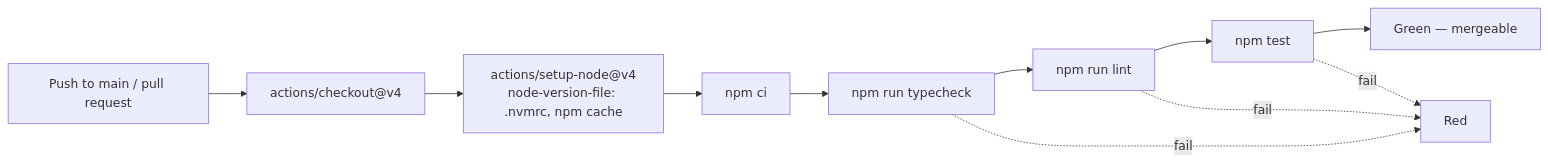
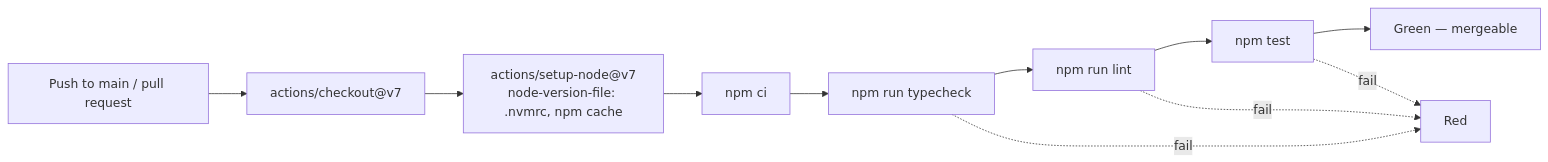
One commit to InnoLab-2026/FeedmyFrog changed diagram 11 of 12 in README.md. Above: the diagram before and after it, drawn with Mermaid. The commit also changed other lines of this file, not shown here.

````diff
--- a/README.md
+++ b/README.md
@@ -1057,13 +1059,13 @@
 ```mermaid
 flowchart LR
-    PR["Push to main / pull request"] --> CO["actions/checkout@v4"]
-    CO --> NODE["actions/setup-node@v4<br/>node-version-file: .nvmrc, npm cache"]
+    PR["Push to main / pull request"] --> CO["actions/checkout@v7"]
+    CO --> NODE["actions/setup-node@v7<br/>node-version-file: .nvmrc, npm cache"]
     NODE --> CI["npm ci"]
     CI --> TC["npm run typecheck"]
     TC --> LT["npm run lint"]
     LT --> UT["npm test"]
     UT --> OK["Green — mergeable"]
     TC -.->|"fail"| RED["Red"]
     LT -.->|"fail"| RED
     UT -.->|"fail"| RED
 ```
````
